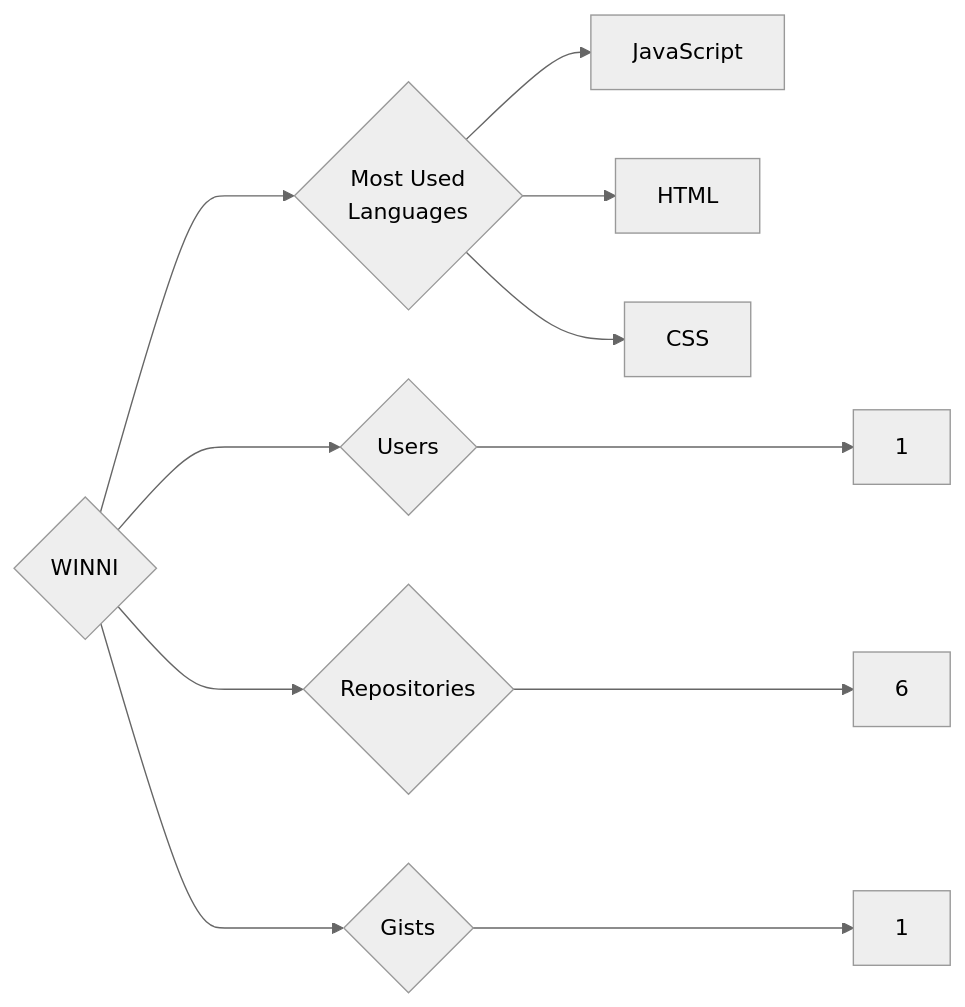
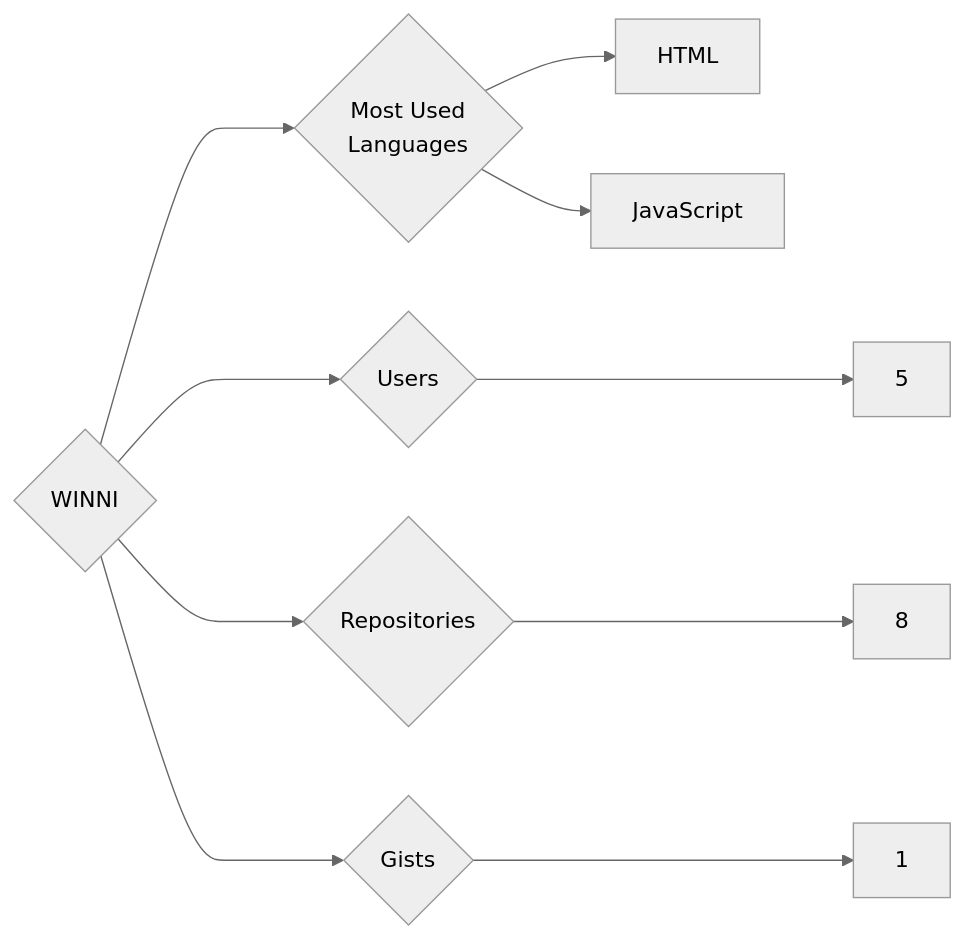
One commit to trickest/insiders changed the diagram in targets/WINNI/README.md. Above: the diagram before and after it, drawn with Mermaid (neutral theme). The commit also changed 870 other files, not shown here.

````diff
--- a/targets/WINNI/README.md
+++ b/targets/WINNI/README.md
@@ -3,11 +3,10 @@
 ```mermaid
 graph LR
 COMPANY_NAME{WINNI}
-COMPANY_NAME ---> U{Users} ---> UN[1]
-COMPANY_NAME ---> R{Repositories} ---> RN[6]
+COMPANY_NAME ---> U{Users} ---> UN[5]
+COMPANY_NAME ---> R{Repositories} ---> RN[8]
 COMPANY_NAME ---> G{Gists} ---> GN[1]
 COMPANY_NAME ---> ML{Most Used<br>Languages}
+ML --> HTML[HTML]
 ML --> JavaScript[JavaScript]
-ML --> HTML[HTML]
-ML --> CSS[CSS]
 ```
````
